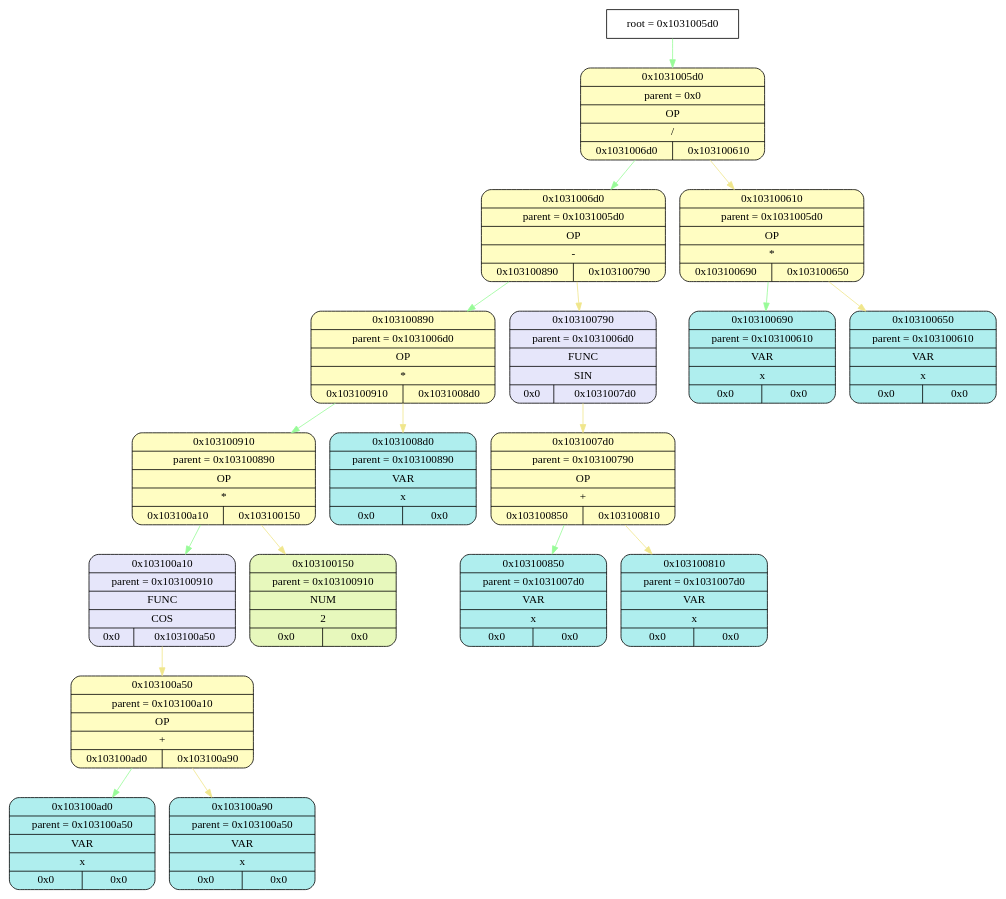
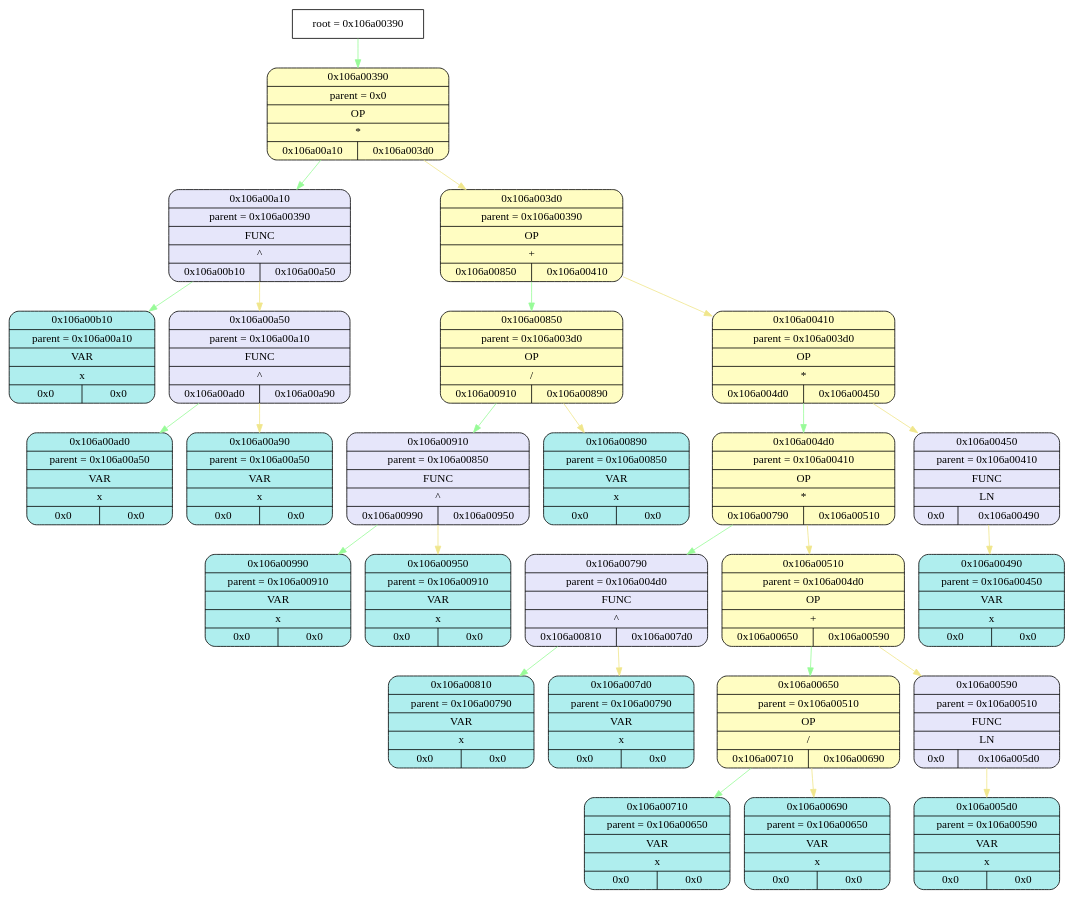
The diagram in tmp/graphviz.dot (esgalimov/differentiator), drawn with Graphviz before and after one commit. The commit also changed 25 other files, not shown here.

```diff
--- a/tmp/graphviz.dot
+++ b/tmp/graphviz.dot
@@ -1,56 +1,80 @@
 digraph
 {
-    node_info[shape = record, label = "{root = 0x1031005d0}"];
+    node_info[shape = record, label = "{root = 0x106a00390}"];
 
-    node_info->node_0x1031005d0 [color = "#98FB98"];
-    node_0x1031005d0[shape = Mrecord, label = "{{0x1031005d0} | {parent =  0x0} | {OP} | {/} | {0x1031006d0 | 0x103100610}}",
+    node_info->node_0x106a00390 [color = "#98FB98"];
+    node_0x106a00390[shape = Mrecord, label = "{{0x106a00390} | {parent =  0x0} | {OP} | {*} | {0x106a00a10 | 0x106a003d0}}",
                 style="filled", fillcolor="#FFFDC2"];
-    node_0x1031006d0[shape = Mrecord, label = "{{0x1031006d0} | {parent =  0x1031005d0} | {OP} | {-} | {0x103100890 | 0x103100790}}",
+    node_0x106a00a10[shape = Mrecord, label = "{{0x106a00a10} | {parent =  0x106a00390} | {FUNC} | {^} | {0x106a00b10 | 0x106a00a50}}",
+                style="filled", fillcolor="#E6E6FA"];
+    node_0x106a00b10[shape = Mrecord, label = "{{0x106a00b10} | {parent =  0x106a00a10} | {VAR} | {x} | {0x0 | 0x0}}",
+                style="filled", fillcolor="#AFEEEE"];
+    node_0x106a00a50[shape = Mrecord, label = "{{0x106a00a50} | {parent =  0x106a00a10} | {FUNC} | {^} | {0x106a00ad0 | 0x106a00a90}}",
+                style="filled", fillcolor="#E6E6FA"];
+    node_0x106a00ad0[shape = Mrecord, label = "{{0x106a00ad0} | {parent =  0x106a00a50} | {VAR} | {x} | {0x0 | 0x0}}",
+                style="filled", fillcolor="#AFEEEE"];
+    node_0x106a00a90[shape = Mrecord, label = "{{0x106a00a90} | {parent =  0x106a00a50} | {VAR} | {x} | {0x0 | 0x0}}",
+                style="filled", fillcolor="#AFEEEE"];
+    node_0x106a003d0[shape = Mrecord, label = "{{0x106a003d0} | {parent =  0x106a00390} | {OP} | {+} | {0x106a00850 | 0x106a00410}}",
                 style="filled", fillcolor="#FFFDC2"];
-    node_0x103100890[shape = Mrecord, label = "{{0x103100890} | {parent =  0x1031006d0} | {OP} | {*} | {0x103100910 | 0x1031008d0}}",
+    node_0x106a00850[shape = Mrecord, label = "{{0x106a00850} | {parent =  0x106a003d0} | {OP} | {/} | {0x106a00910 | 0x106a00890}}",
                 style="filled", fillcolor="#FFFDC2"];
-    node_0x103100910[shape = Mrecord, label = "{{0x103100910} | {parent =  0x103100890} | {OP} | {*} | {0x103100a10 | 0x103100150}}",
+    node_0x106a00910[shape = Mrecord, label = "{{0x106a00910} | {parent =  0x106a00850} | {FUNC} | {^} | {0x106a00990 | 0x106a00950}}",
+                style="filled", fillcolor="#E6E6FA"];
+    node_0x106a00990[shape = Mrecord, label = "{{0x106a00990} | {parent =  0x106a00910} | {VAR} | {x} | {0x0 | 0x0}}",
+                style="filled", fillcolor="#AFEEEE"];
+    node_0x106a00950[shape = Mrecord, label = "{{0x106a00950} | {parent =  0x106a00910} | {VAR} | {x} | {0x0 | 0x0}}",
+                style="filled", fillcolor="#AFEEEE"];
+    node_0x106a00890[shape = Mrecord, label = "{{0x106a00890} | {parent =  0x106a00850} | {VAR} | {x} | {0x0 | 0x0}}",
+                style="filled", fillcolor="#AFEEEE"];
+    node_0x106a00410[shape = Mrecord, label = "{{0x106a00410} | {parent =  0x106a003d0} | {OP} | {*} | {0x106a004d0 | 0x106a00450}}",
                 style="filled", fillcolor="#FFFDC2"];
-    node_0x103100a10[shape = Mrecord, label = "{{0x103100a10} | {parent =  0x103100910} | {FUNC} | {COS} | {0x0 | 0x103100a50}}",
+    node_0x106a004d0[shape = Mrecord, label = "{{0x106a004d0} | {parent =  0x106a00410} | {OP} | {*} | {0x106a00790 | 0x106a00510}}",
+                style="filled", fillcolor="#FFFDC2"];
+    node_0x106a00790[shape = Mrecord, label = "{{0x106a00790} | {parent =  0x106a004d0} | {FUNC} | {^} | {0x106a00810 | 0x106a007d0}}",
                 style="filled", fillcolor="#E6E6FA"];
-    node_0x103100a50[shape = Mrecord, label = "{{0x103100a50} | {parent =  0x103100a10} | {OP} | {+} | {0x103100ad0 | 0x103100a90}}",
+    node_0x106a00810[shape = Mrecord, label = "{{0x106a00810} | {parent =  0x106a00790} | {VAR} | {x} | {0x0 | 0x0}}",
+                style="filled", fillcolor="#AFEEEE"];
+    node_0x106a007d0[shape = Mrecord, label = "{{0x106a007d0} | {parent =  0x106a00790} | {VAR} | {x} | {0x0 | 0x0}}",
+                style="filled", fillcolor="#AFEEEE"];
+    node_0x106a00510[shape = Mrecord, label = "{{0x106a00510} | {parent =  0x106a004d0} | {OP} | {+} | {0x106a00650 | 0x106a00590}}",
                 style="filled", fillcolor="#FFFDC2"];
-    node_0x103100ad0[shape = Mrecord, label = "{{0x103100ad0} | {parent =  0x103100a50} | {VAR} | {x} | {0x0 | 0x0}}",
+    node_0x106a00650[shape = Mrecord, label = "{{0x106a00650} | {parent =  0x106a00510} | {OP} | {/} | {0x106a00710 | 0x106a00690}}",
+                style="filled", fillcolor="#FFFDC2"];
+    node_0x106a00710[shape = Mrecord, label = "{{0x106a00710} | {parent =  0x106a00650} | {VAR} | {x} | {0x0 | 0x0}}",
                 style="filled", fillcolor="#AFEEEE"];
-    node_0x103100a90[shape = Mrecord, label = "{{0x103100a90} | {parent =  0x103100a50} | {VAR} | {x} | {0x0 | 0x0}}",
+    node_0x106a00690[shape = Mrecord, label = "{{0x106a00690} | {parent =  0x106a00650} | {VAR} | {x} | {0x0 | 0x0}}",
                 style="filled", fillcolor="#AFEEEE"];
-    node_0x103100150[shape = Mrecord, label = "{{0x103100150} | {parent =  0x103100910} | {NUM} | {2} | {0x0 | 0x0}}",
-                style="filled", fillcolor="#E7F8BC"];
-    node_0x1031008d0[shape = Mrecord, label = "{{0x1031008d0} | {parent =  0x103100890} | {VAR} | {x} | {0x0 | 0x0}}",
+    node_0x106a00590[shape = Mrecord, label = "{{0x106a00590} | {parent =  0x106a00510} | {FUNC} | {LN} | {0x0 | 0x106a005d0}}",
+                style="filled", fillcolor="#E6E6FA"];
+    node_0x106a005d0[shape = Mrecord, label = "{{0x106a005d0} | {parent =  0x106a00590} | {VAR} | {x} | {0x0 | 0x0}}",
                 style="filled", fillcolor="#AFEEEE"];
-    node_0x103100790[shape = Mrecord, label = "{{0x103100790} | {parent =  0x1031006d0} | {FUNC} | {SIN} | {0x0 | 0x1031007d0}}",
+    node_0x106a00450[shape = Mrecord, label = "{{0x106a00450} | {parent =  0x106a00410} | {FUNC} | {LN} | {0x0 | 0x106a00490}}",
                 style="filled", fillcolor="#E6E6FA"];
-    node_0x1031007d0[shape = Mrecord, label = "{{0x1031007d0} | {parent =  0x103100790} | {OP} | {+} | {0x103100850 | 0x103100810}}",
-                style="filled", fillcolor="#FFFDC2"];
-    node_0x103100850[shape = Mrecord, label = "{{0x103100850} | {parent =  0x1031007d0} | {VAR} | {x} | {0x0 | 0x0}}",
+    node_0x106a00490[shape = Mrecord, label = "{{0x106a00490} | {parent =  0x106a00450} | {VAR} | {x} | {0x0 | 0x0}}",
                 style="filled", fillcolor="#AFEEEE"];
-    node_0x103100810[shape = Mrecord, label = "{{0x103100810} | {parent =  0x1031007d0} | {VAR} | {x} | {0x0 | 0x0}}",
-                style="filled", fillcolor="#AFEEEE"];
-    node_0x103100610[shape = Mrecord, label = "{{0x103100610} | {parent =  0x1031005d0} | {OP} | {*} | {0x103100690 | 0x103100650}}",
-                style="filled", fillcolor="#FFFDC2"];
-    node_0x103100690[shape = Mrecord, label = "{{0x103100690} | {parent =  0x103100610} | {VAR} | {x} | {0x0 | 0x0}}",
-                style="filled", fillcolor="#AFEEEE"];
-    node_0x103100650[shape = Mrecord, label = "{{0x103100650} | {parent =  0x103100610} | {VAR} | {x} | {0x0 | 0x0}}",
-                style="filled", fillcolor="#AFEEEE"];
-    node_0x1031005d0->node_0x1031006d0 [color = "#98FB98"];
-    node_0x1031006d0->node_0x103100890 [color = "#98FB98"];
-    node_0x103100890->node_0x103100910 [color = "#98FB98"];
-    node_0x103100910->node_0x103100a10 [color = "#98FB98"];
-    node_0x103100a10->node_0x103100a50 [color = "#F0E68C"];
-    node_0x103100a50->node_0x103100ad0 [color = "#98FB98"];
-    node_0x103100a50->node_0x103100a90 [color = "#F0E68C"];
-    node_0x103100910->node_0x103100150 [color = "#F0E68C"];
-    node_0x103100890->node_0x1031008d0 [color = "#F0E68C"];
-    node_0x1031006d0->node_0x103100790 [color = "#F0E68C"];
-    node_0x103100790->node_0x1031007d0 [color = "#F0E68C"];
-    node_0x1031007d0->node_0x103100850 [color = "#98FB98"];
-    node_0x1031007d0->node_0x103100810 [color = "#F0E68C"];
-    node_0x1031005d0->node_0x103100610 [color = "#F0E68C"];
-    node_0x103100610->node_0x103100690 [color = "#98FB98"];
-    node_0x103100610->node_0x103100650 [color = "#F0E68C"];
+    node_0x106a00390->node_0x106a00a10 [color = "#98FB98"];
+    node_0x106a00a10->node_0x106a00b10 [color = "#98FB98"];
+    node_0x106a00a10->node_0x106a00a50 [color = "#F0E68C"];
+    node_0x106a00a50->node_0x106a00ad0 [color = "#98FB98"];
+    node_0x106a00a50->node_0x106a00a90 [color = "#F0E68C"];
+    node_0x106a00390->node_0x106a003d0 [color = "#F0E68C"];
+    node_0x106a003d0->node_0x106a00850 [color = "#98FB98"];
+    node_0x106a00850->node_0x106a00910 [color = "#98FB98"];
+    node_0x106a00910->node_0x106a00990 [color = "#98FB98"];
+    node_0x106a00910->node_0x106a00950 [color = "#F0E68C"];
+    node_0x106a00850->node_0x106a00890 [color = "#F0E68C"];
+    node_0x106a003d0->node_0x106a00410 [color = "#F0E68C"];
+    node_0x106a00410->node_0x106a004d0 [color = "#98FB98"];
+    node_0x106a004d0->node_0x106a00790 [color = "#98FB98"];
+    node_0x106a00790->node_0x106a00810 [color = "#98FB98"];
+    node_0x106a00790->node_0x106a007d0 [color = "#F0E68C"];
+    node_0x106a004d0->node_0x106a00510 [color = "#F0E68C"];
+    node_0x106a00510->node_0x106a00650 [color = "#98FB98"];
+    node_0x106a00650->node_0x106a00710 [color = "#98FB98"];
+    node_0x106a00650->node_0x106a00690 [color = "#F0E68C"];
+    node_0x106a00510->node_0x106a00590 [color = "#F0E68C"];
+    node_0x106a00590->node_0x106a005d0 [color = "#F0E68C"];
+    node_0x106a00410->node_0x106a00450 [color = "#F0E68C"];
+    node_0x106a00450->node_0x106a00490 [color = "#F0E68C"];
 }
```
